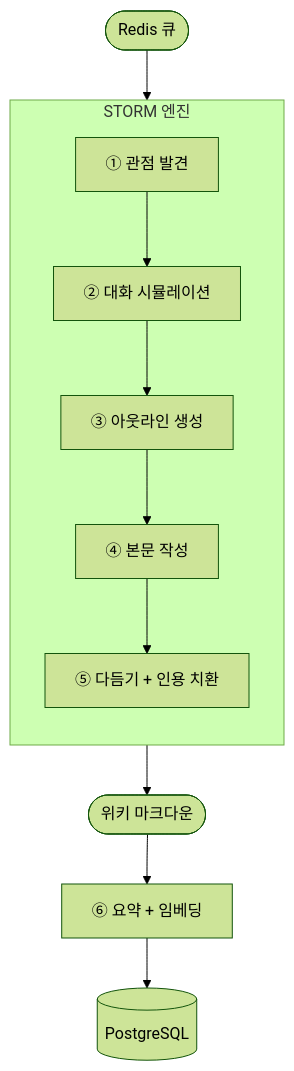
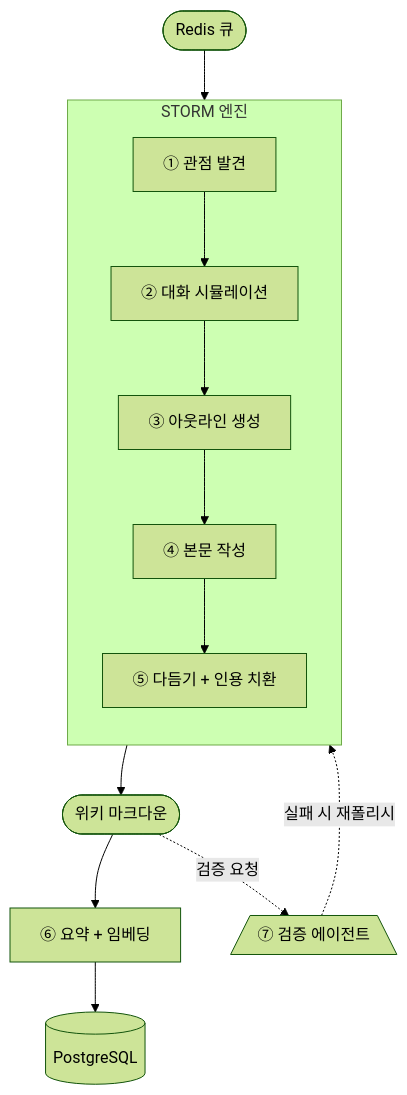
The diagram in README.md (Hallym-Workerbees/hivewiki-builder), drawn with Mermaid (forest theme) before and after one commit. The commit also changed other lines of this file, not shown here.

Commit message:
docs: extend pipeline flow with validation stages

````diff
--- a/README.md
+++ b/README.md
@@ -28,15 +28,17 @@
 ```mermaid
 flowchart TD
     A([Redis 큐]) --> B
     subgraph STORM["STORM 엔진"]
       direction TB
-      B["① 관점 발견"] --> C
-      C["② 대화 시뮬레이션"] --> D
-      D["③ 아웃라인 생성"] --> E
-      E["④ 본문 작성"] --> F
-      F["⑤ 다듬기 + 인용 치환"]
+      B["① 관점 발견"] --> C["② 대화 시뮬레이션"]
+      C --> D["③ 아웃라인 생성"]
+      D --> E["④ 본문 작성"]
+      E --> F["⑤ 다듬기 + 인용 치환"]
     end
     F --> G([위키 마크다운])
     G --> H["⑥ 요약 + 임베딩"]
     H --> I[("PostgreSQL")]
+
+    G -. 검증 요청 .-> V[/"⑦ 검증 에이전트"\]
+    V -. "실패 시 재폴리시" .-> F
 ```
````
